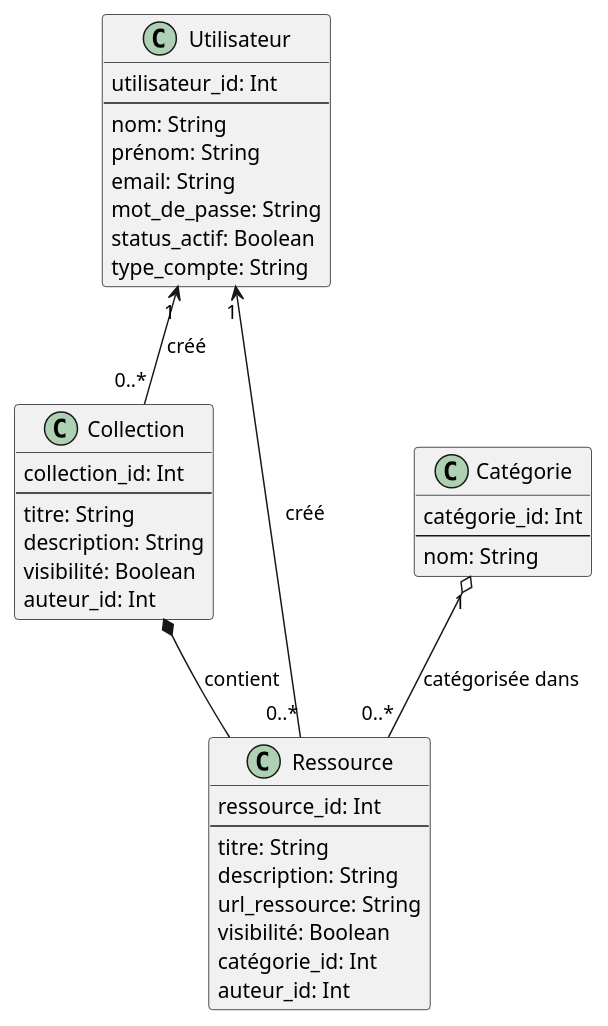
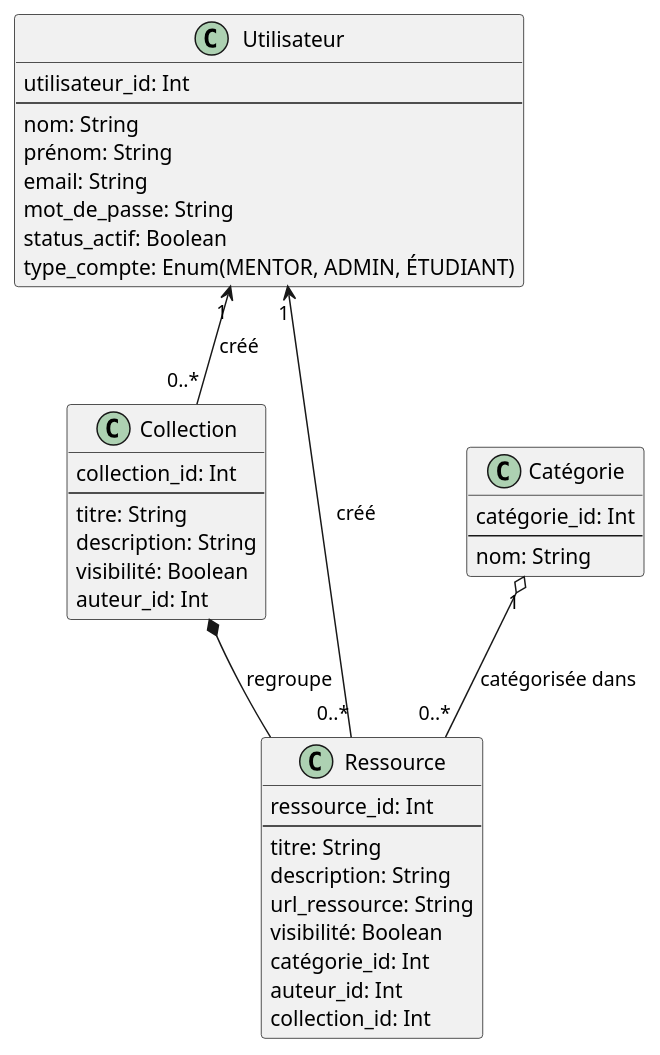
The diagram in docs/diagrammes/classes.puml (EmileDevGit/projet-final-api), drawn with PlantUML before and after one commit. The commit also changed 1 other file, not shown here.

Commit message:
Modification des uses cases et minor fixes classes UML

```diff
--- a/docs/diagrammes/classes.puml
+++ b/docs/diagrammes/classes.puml
@@ -1,39 +1,40 @@
 @startuml
 class Utilisateur{
   utilisateur_id: Int
   ---
   nom: String
   prénom: String
   email: String
   mot_de_passe: String
   status_actif: Boolean
-  type_compte: String
+  type_compte: Enum(MENTOR, ADMIN, ÉTUDIANT)
 }
 class Catégorie{
   catégorie_id: Int
   ---
   nom: String
 }
 class Collection{
   collection_id: Int
   ---
   titre: String
   description: String
   visibilité: Boolean
   auteur_id: Int
 }
 class Ressource{
   ressource_id: Int
   ---
   titre: String
   description: String
   url_ressource: String
   visibilité: Boolean
   catégorie_id: Int
   auteur_id: Int
+	collection_id: Int
 }
-Collection *-- Ressource : contient
+Collection *-- Ressource : regroupe
 Catégorie "1" o-- "0..*" Ressource : catégorisée dans
 Utilisateur "1"<--"0..*" Ressource : créé
 Utilisateur "1"<--"0..*" Collection : créé
 @enduml
```
